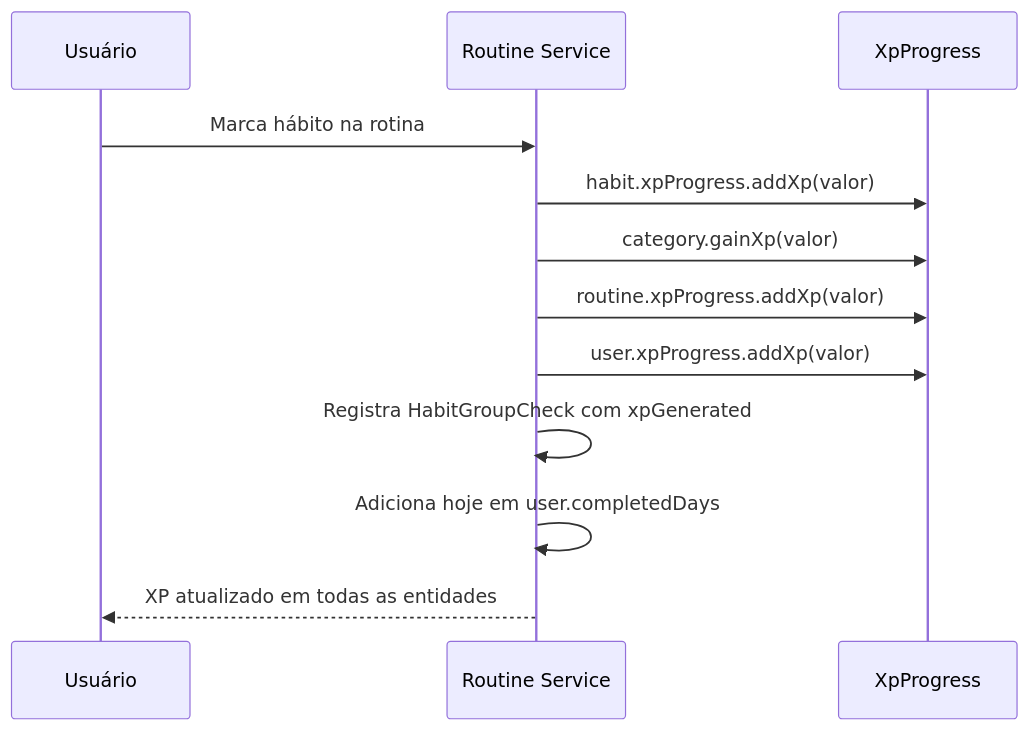
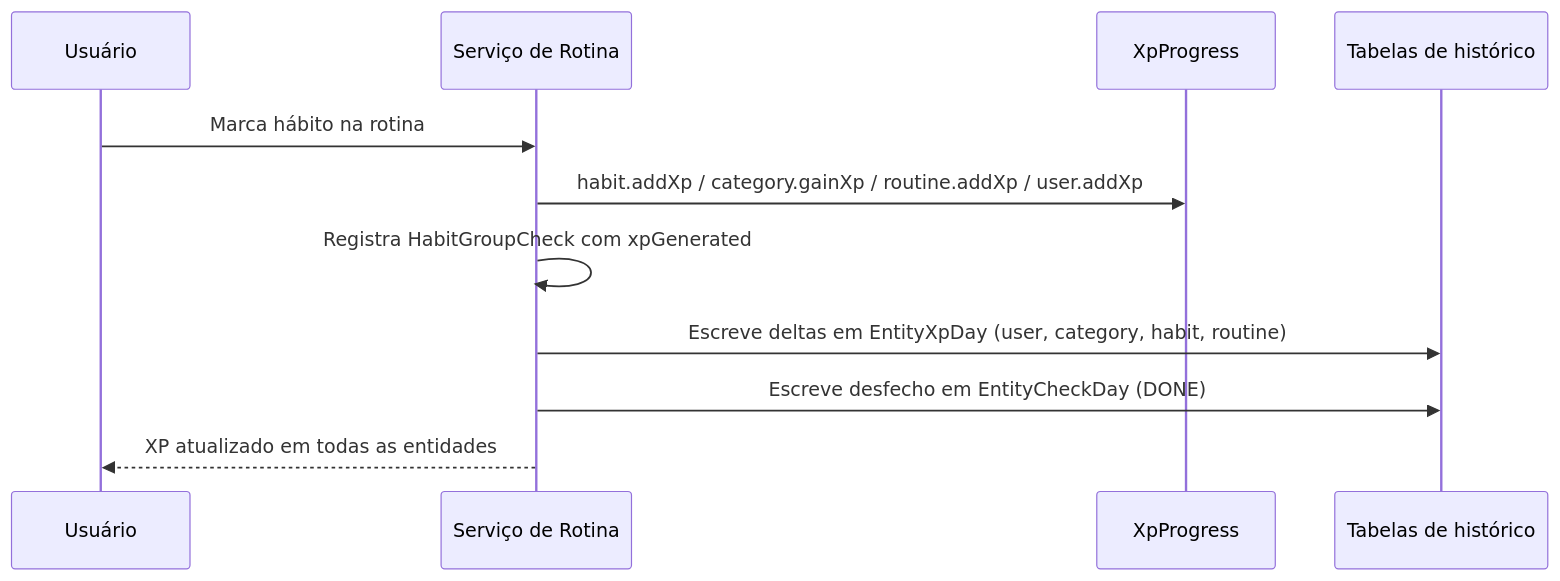
One commit to AndDev741/Beyou-arch-design changed the fourth of 5 diagrams in architecture/domain-model/pt.md. Above: the diagram before and after it, drawn with Mermaid. The commit also changed other lines of this file and 3 other files, not shown here.

First line of the commit message:
docs(architecture): bring the domain model up to the real entity set

````diff
--- a/architecture/domain-model/pt.md
+++ b/architecture/domain-model/pt.md
@@ -330,15 +326,14 @@
 ```mermaid
 sequenceDiagram
   participant U as Usuário
-  participant R as Routine Service
+  participant R as Serviço de Rotina
   participant X as XpProgress
+  participant H as Tabelas de histórico
 
   U->>R: Marca hábito na rotina
-  R->>X: habit.xpProgress.addXp(valor)
-  R->>X: category.gainXp(valor)
-  R->>X: routine.xpProgress.addXp(valor)
-  R->>X: user.xpProgress.addXp(valor)
+  R->>X: habit.addXp / category.gainXp / routine.addXp / user.addXp
   R->>R: Registra HabitGroupCheck com xpGenerated
-  R->>R: Adiciona hoje em user.completedDays
+  R->>H: Escreve deltas em EntityXpDay (user, category, habit, routine)
+  R->>H: Escreve desfecho em EntityCheckDay (DONE)
   R-->>U: XP atualizado em todas as entidades
 ```
````
